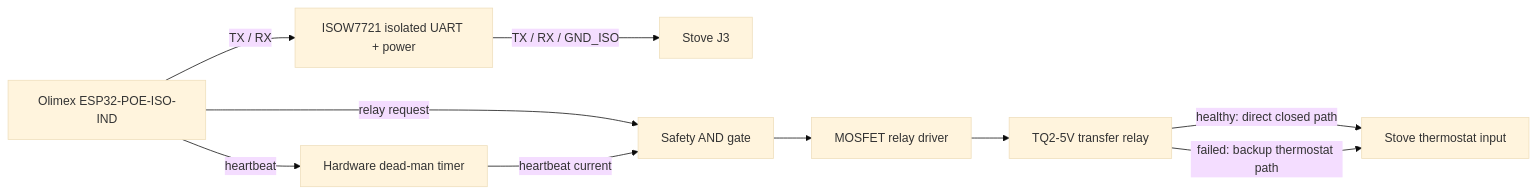
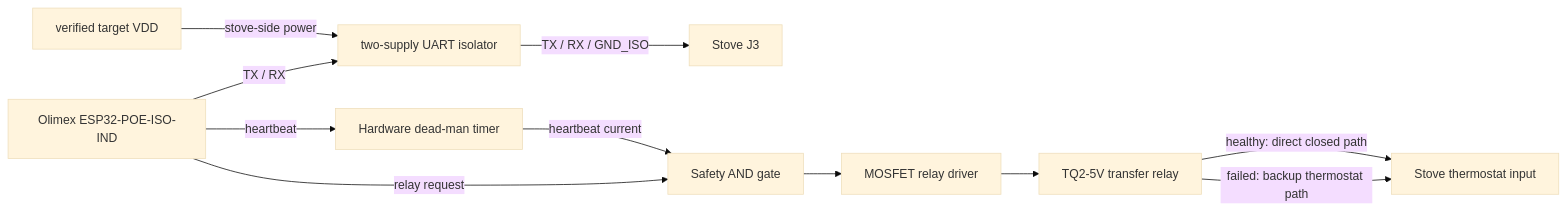
The diagram in docs/hardware/daughterboard-preliminary-design.md (0fEfF2Dto4KoNAVZu8cb5/OpenMaxFire), drawn with Mermaid (base theme) before and after one commit. The commit also changed other lines of this file and 419 other files, not shown here.

````diff
--- a/docs/hardware/daughterboard-preliminary-design.md
+++ b/docs/hardware/daughterboard-preliminary-design.md
@@ -30,12 +33,13 @@
 ```mermaid
 flowchart LR
-    ESP["Olimex ESP32-POE-ISO-IND"] -->|"TX / RX"| ISO["ISOW7721 isolated UART + power"]
+    ESP["Olimex ESP32-POE-ISO-IND"] -->|"TX / RX"| ISO["two-supply UART isolator"]
+    VDD["verified target VDD"] -->|"stove-side power"| ISO
     ISO -->|"TX / RX / GND_ISO"| J3["Stove J3"]
     ESP -->|"heartbeat"| DEAD["Hardware dead-man timer"]
     ESP -->|"relay request"| GATE["Safety AND gate"]
     DEAD -->|"heartbeat current"| GATE
     GATE --> DRIVER["MOSFET relay driver"]
     DRIVER --> RELAY["TQ2-5V transfer relay"]
     RELAY -->|"healthy: direct closed path"| INPUT["Stove thermostat input"]
     RELAY -->|"failed: backup thermostat path"| INPUT
 ```
````
